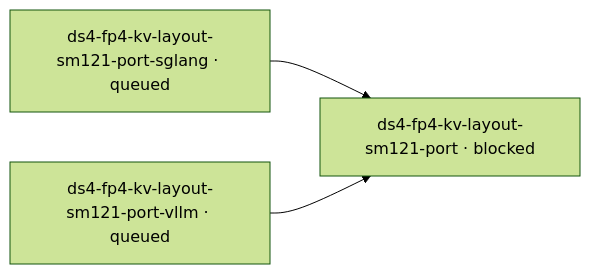
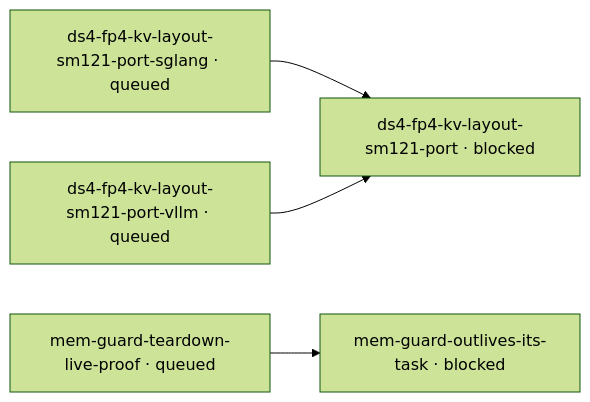
The diagram in mad-science/STATUS.md (littlecedar/sparkrun-recipe-registry), drawn with Mermaid (forest theme) before and after one commit. The commit also changed other lines of this file, not shown here.

````diff
--- a/mad-science/STATUS.md
+++ b/mad-science/STATUS.md
@@ -22,10 +22,13 @@
 ```mermaid
 flowchart LR
-  %% 4 blocked, 2 edges, 3 prose-gated, 0 question-gated, 0 question, 7 rows not drawn (--all)
+  %% 3 blocked, 3 edges, 1 prose-gated, 0 question-gated, 0 question, 6 rows not drawn (--all)
   t1["ds4-fp4-kv-layout-sm121-port · blocked"]
   t2["ds4-fp4-kv-layout-sm121-port-sglang · queued"]
   t3["ds4-fp4-kv-layout-sm121-port-vllm · queued"]
+  t4["mem-guard-outlives-its-task · blocked"]
+  t5["mem-guard-teardown-live-proof · queued"]
   t2 --> t1
   t3 --> t1
+  t5 --> t4
   classDef no-recorded-edge stroke-dasharray: 4 3
 ```
````
